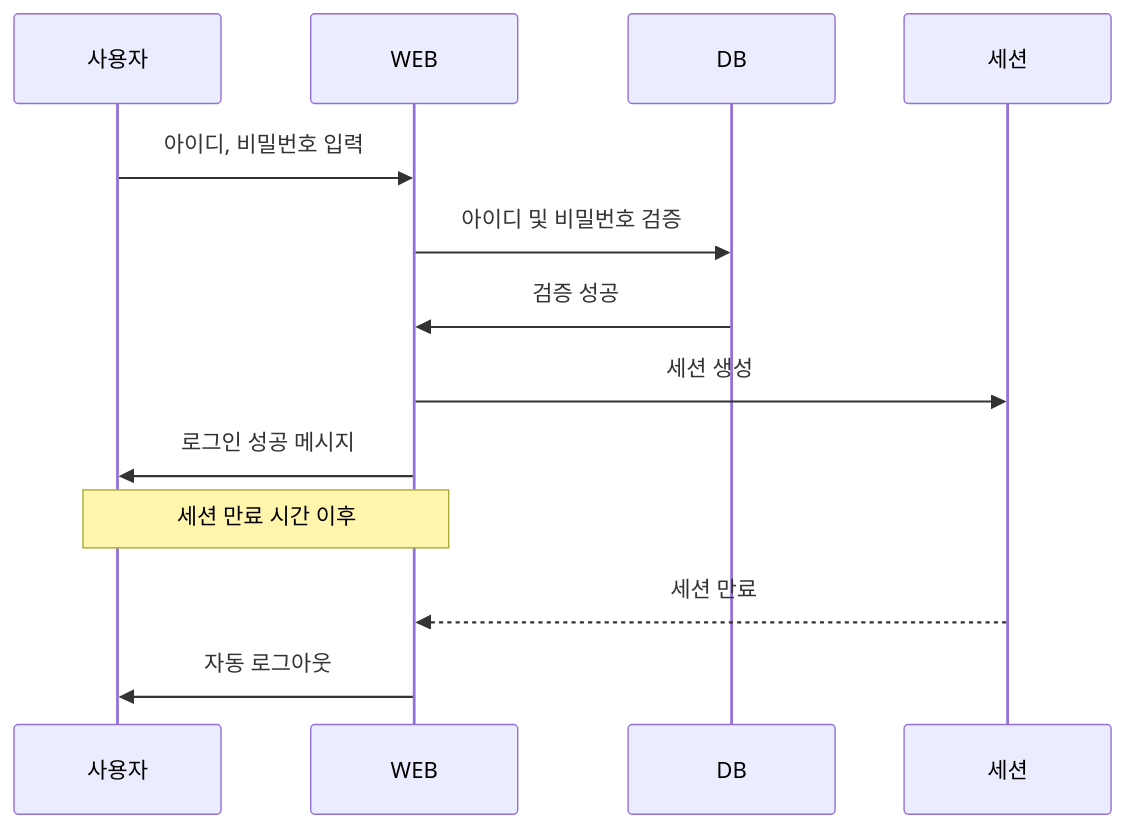
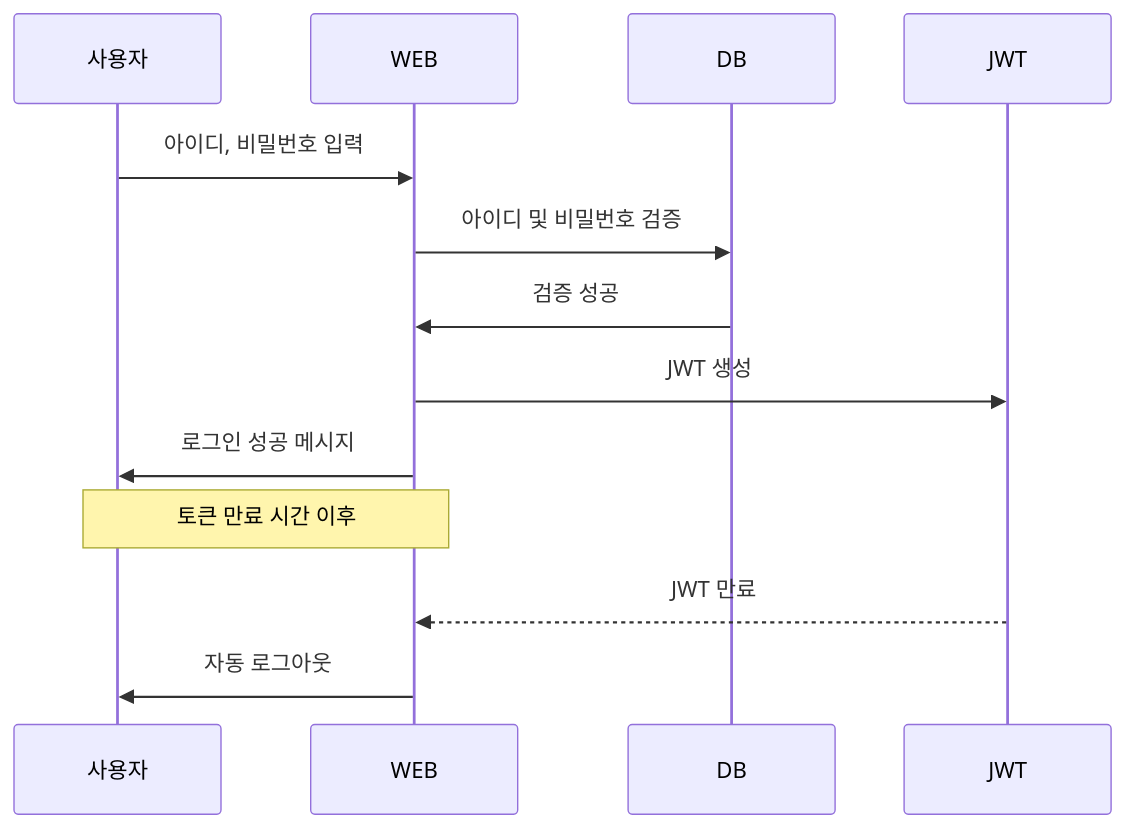
Before and after one commit to sumin2eee/NBE2_2_Team6: the first of 2 diagrams in README.md, drawn with Mermaid.

````diff
--- a/README.md
+++ b/README.md
@@ -6,18 +6,18 @@
 ```mermaid
 sequenceDiagram
     participant User as 사용자
     participant WebApp as WEB
     participant DB as DB
-    participant Session as 세션
+    participant JWT as JWT
     
     User ->> WebApp: 아이디, 비밀번호 입력
     WebApp ->> DB: 아이디 및 비밀번호 검증
     DB ->> WebApp: 검증 성공
-    WebApp ->> Session: 세션 생성
+    WebApp ->> JWT: JWT 생성
     WebApp ->> User: 로그인 성공 메시지
     
-    Note over WebApp, User: 세션 만료 시간 이후
+    Note over WebApp, User: 토큰 만료 시간 이후
     
-    Session -->> WebApp: 세션 만료
+    JWT -->> WebApp: JWT 만료
     WebApp ->> User: 자동 로그아웃
 ``` 
````
